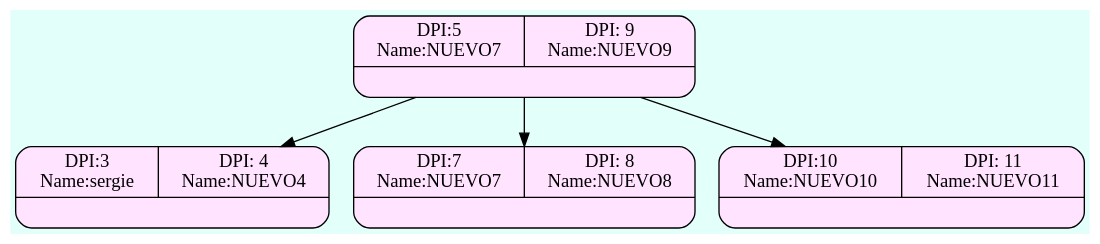
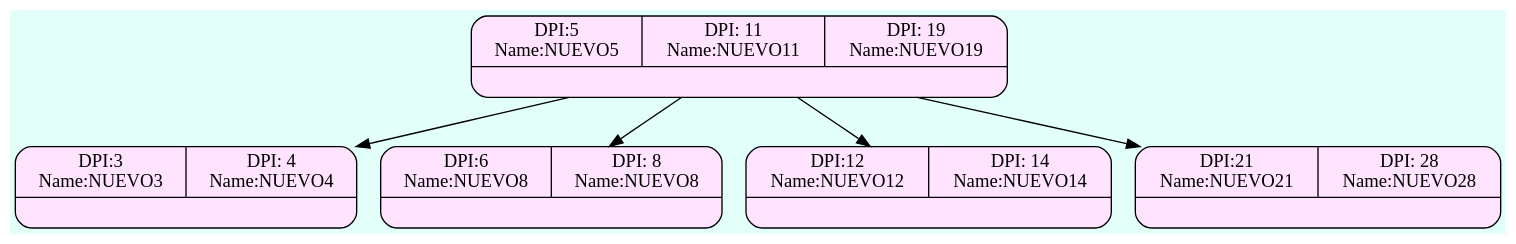
The diagram in FASE 2/Grafico/Admin_Btree_Clients.dot (Serch-ING/EDD_UDRAWING_202000119), drawn with Graphviz before and after one commit. The commit also changed 4 other files, not shown here.

```diff
--- a/FASE 2/Grafico/Admin_Btree_Clients.dot
+++ b/FASE 2/Grafico/Admin_Btree_Clients.dot
@@ -1,12 +1,14 @@
 digraph structs {
   bgcolor = "#E3FFFA"
  node [shape=Mrecord fillcolor="#FFE3FF" style =filled];
-struct1383990012[label="{{DPI:5\nName:NUEVO7|DPI: 9\nName:NUEVO9}|<here>}"];
-struct273113860[label="{{DPI:3\nName:sergie|DPI: 4\nName:NUEVO4}|<here>}"];
-struct1243362011[label="{{DPI:7\nName:NUEVO7|DPI: 8\nName:NUEVO8}|<here>}"];
-struct773669930[label="{{DPI:10\nName:NUEVO10|DPI: 11\nName:NUEVO11}|<here>}"];
+struct1143935714[label="{{DPI:5\nName:NUEVO5|DPI: 11\nName:NUEVO11|DPI: 19\nName:NUEVO19}|<here>}"];
+struct1504750279[label="{{DPI:3\nName:NUEVO3|DPI: 4\nName:NUEVO4}|<here>}"];
+struct393914336[label="{{DPI:6\nName:NUEVO8|DPI: 8\nName:NUEVO8}|<here>}"];
+struct746869395[label="{{DPI:12\nName:NUEVO12|DPI: 14\nName:NUEVO14}|<here>}"];
+struct268496355[label="{{DPI:21\nName:NUEVO21|DPI: 28\nName:NUEVO28}|<here>}"];
 
-struct1383990012->struct273113860;
-struct1383990012->struct1243362011;
-struct1383990012->struct773669930;
+struct1143935714->struct1504750279;
+struct1143935714->struct393914336;
+struct1143935714->struct746869395;
+struct1143935714->struct268496355;
 }
```
